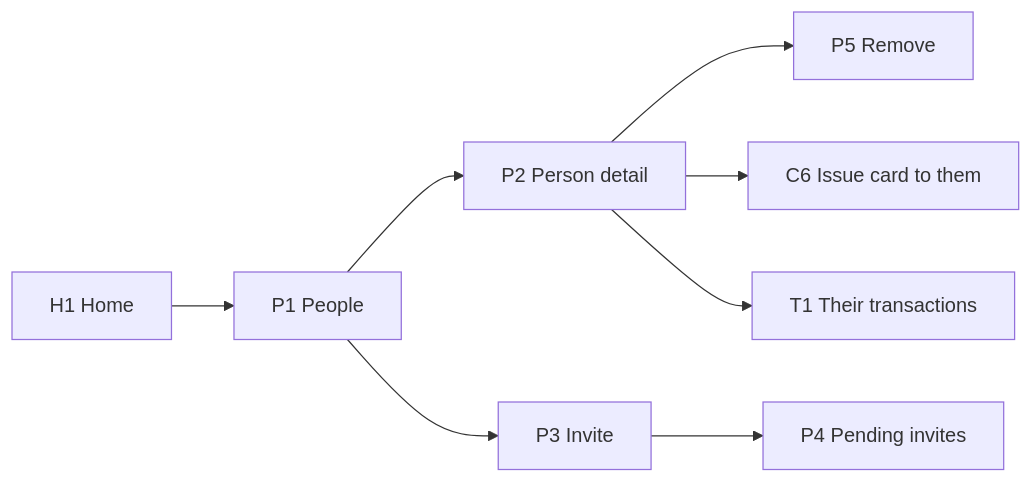
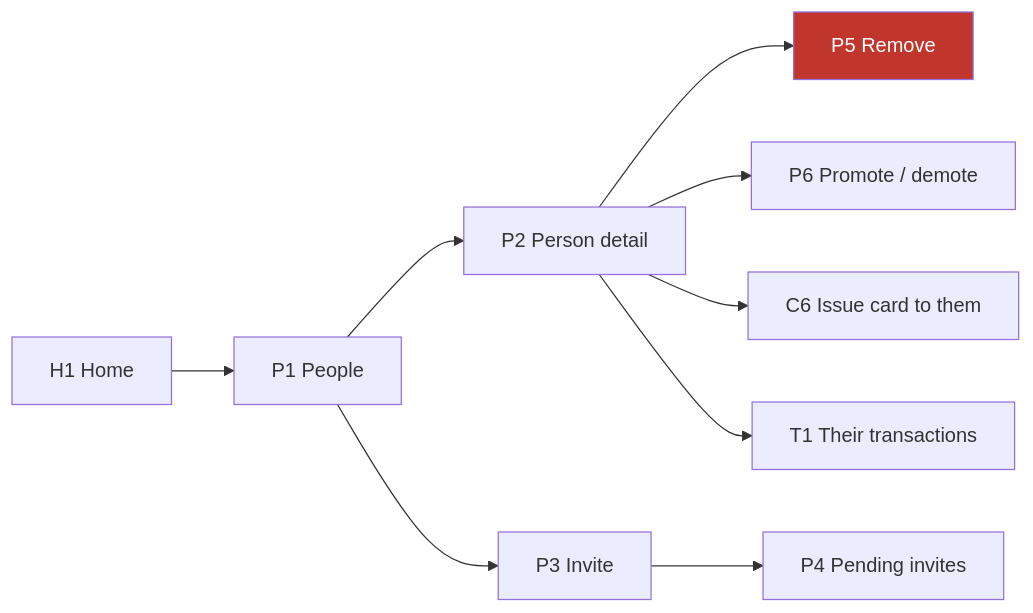
The sixth of 10 diagrams in docs/Screens-and-flows.md (yr08ii/card-management-app), drawn with Mermaid before and after one commit. The commit also changed other lines of this file and 1 other file, not shown here.

````diff
--- a/docs/Screens-and-flows.md
+++ b/docs/Screens-and-flows.md
@@ -303,9 +405,12 @@
 ```mermaid
 flowchart LR
     H1["H1 Home"] --> P1["P1 People"]
     P1 --> P2["P2 Person detail"]
     P1 --> P3["P3 Invite"] --> P4["P4 Pending invites"]
     P2 --> P5["P5 Remove"]
+    P2 --> P6["P6 Promote / demote"]
     P2 --> C6["C6 Issue card to them"]
     P2 --> T1["T1 Their transactions"]
+
+    style P5 fill:#C0362C,color:#fff
 ```
````
